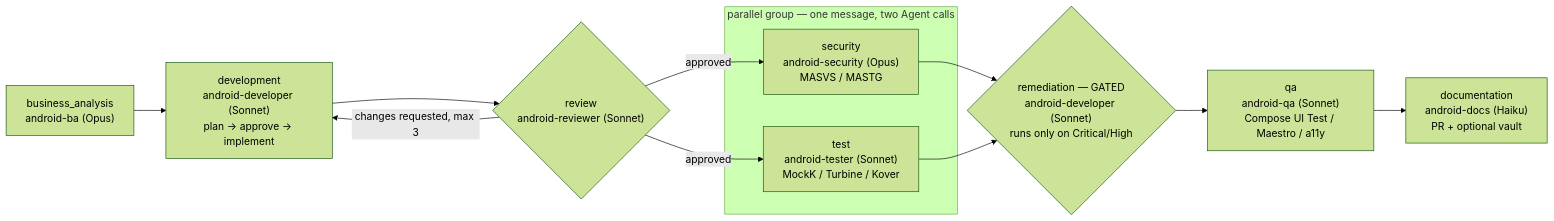
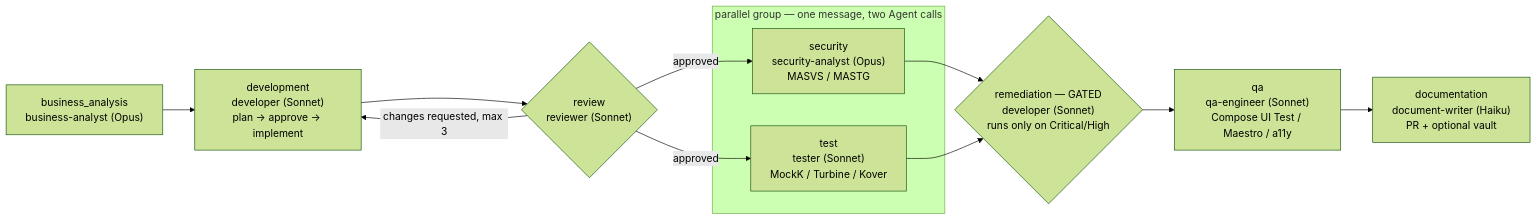
Before and after one commit to Nuclominus/agentic-sdlc-pluguin: the third of 3 diagrams in docs/WORKFLOW.md, drawn with Mermaid (forest theme). The commit also changed other lines of this file and 46 other files, not shown here.

````diff
--- a/docs/WORKFLOW.md
+++ b/docs/WORKFLOW.md
@@ -129,16 +133,16 @@
 ```mermaid
 flowchart LR
-    BA["business_analysis<br/>android-ba (Opus)"] --> DEV["development<br/>android-developer (Sonnet)<br/>plan → approve → implement"]
-    DEV --> REV{"review<br/>android-reviewer (Sonnet)"}
+    BA["business_analysis<br/>business-analyst (Opus)"] --> DEV["development<br/>developer (Sonnet)<br/>plan → approve → implement"]
+    DEV --> REV{"review<br/>reviewer (Sonnet)"}
     REV -->|changes requested, max 3| DEV
     REV -->|approved| SEC
     REV -->|approved| TEST
     subgraph PAR["parallel group — one message, two Agent calls"]
-      SEC["security<br/>android-security (Opus)<br/>MASVS / MASTG"]
-      TEST["test<br/>android-tester (Sonnet)<br/>MockK / Turbine / Kover"]
+      SEC["security<br/>security-analyst (Opus)<br/>MASVS / MASTG"]
+      TEST["test<br/>tester (Sonnet)<br/>MockK / Turbine / Kover"]
     end
-    SEC --> REM{"remediation — GATED<br/>android-developer (Sonnet)<br/>runs only on Critical/High"}
+    SEC --> REM{"remediation — GATED<br/>developer (Sonnet)<br/>runs only on Critical/High"}
     TEST --> REM
-    REM --> QA["qa<br/>android-qa (Sonnet)<br/>Compose UI Test / Maestro / a11y"]
-    QA --> DOCS["documentation<br/>android-docs (Haiku)<br/>PR + optional vault"]
+    REM --> QA["qa<br/>qa-engineer (Sonnet)<br/>Compose UI Test / Maestro / a11y"]
+    QA --> DOCS["documentation<br/>document-writer (Haiku)<br/>PR + optional vault"]
 ```
````
